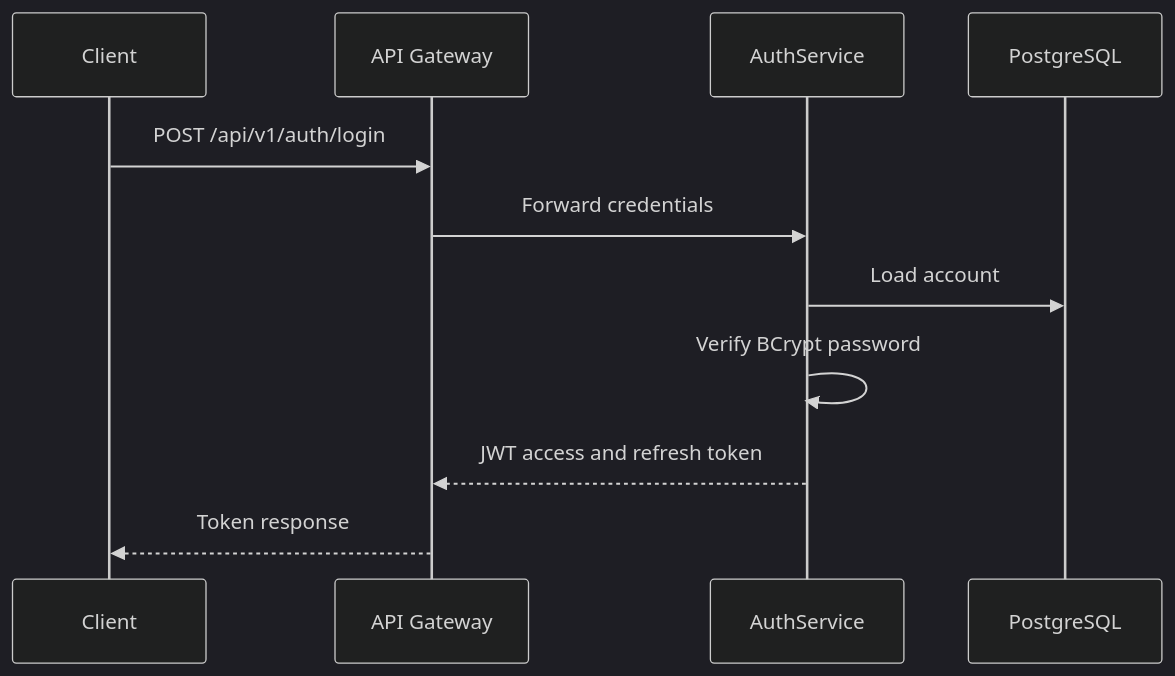
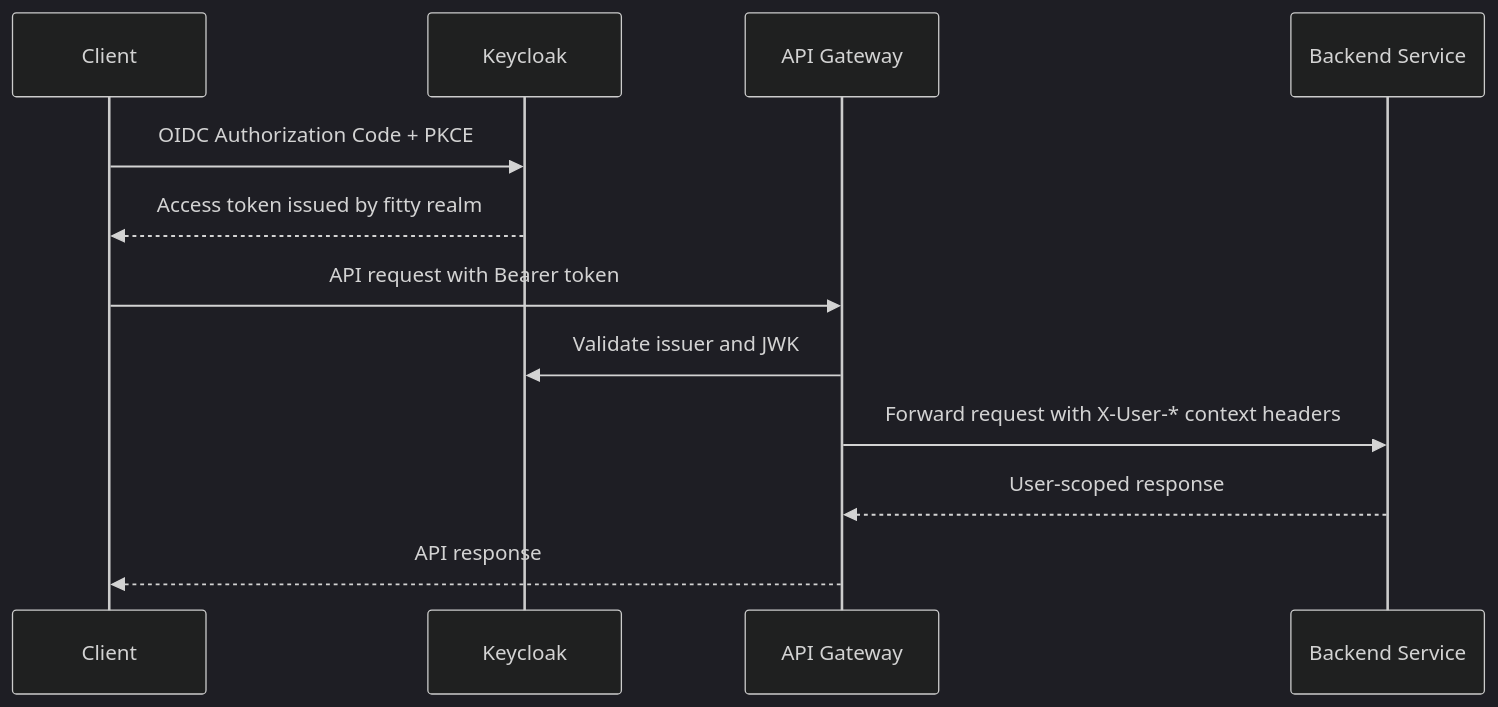
One commit to fris91/fittyapp changed the third of 3 diagrams in docs/architecture.md. Above: the diagram before and after it, drawn with Mermaid (dark theme). The commit also changed other lines of this file and 25 other files, not shown here.

````diff
--- a/docs/architecture.md
+++ b/docs/architecture.md
@@ -56,14 +61,15 @@
 ```mermaid
 sequenceDiagram
   participant C as Client
+  participant K as Keycloak
   participant G as API Gateway
-  participant A as AuthService
-  participant P as PostgreSQL
+  participant S as Backend Service
 
-  C->>G: POST /api/v1/auth/login
-  G->>A: Forward credentials
-  A->>P: Load account
-  A->>A: Verify BCrypt password
-  A-->>G: JWT access and refresh token
-  G-->>C: Token response
+  C->>K: OIDC Authorization Code + PKCE
+  K-->>C: Access token issued by fitty realm
+  C->>G: API request with Bearer token
+  G->>K: Validate issuer and JWK
+  G->>S: Forward request with X-User-* context headers
+  S-->>G: User-scoped response
+  G-->>C: API response
 ```
````
